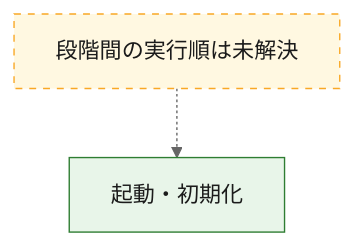
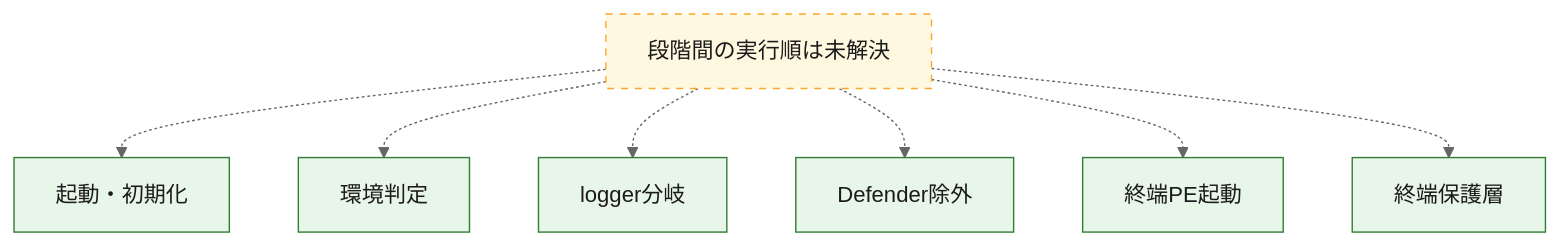
One commit to proshiba/AI-security-analysis changed the first of 3 diagrams in analysis-results/malware/unclassified/versions/unknown/cases/f69edeeabed57cde46630459b12577c97ab13cf1bcd0c6f35bdcf5c6ff84cb7e/OVERALL-LOGIC.md. Above: the diagram before and after it, drawn with Mermaid (neutral theme). The commit also changed other lines of this file and 151 other files, not shown here.

````diff
--- a/analysis-results/malware/unclassified/versions/unknown/cases/f69edeeabed57cde46630459b12577c97ab13cf1bcd0c6f35bdcf5c6ff84cb7e/OVERALL-LOGIC.md
+++ b/analysis-results/malware/unclassified/versions/unknown/cases/f69edeeabed57cde46630459b12577c97ab13cf1bcd0c6f35bdcf5c6ff84cb7e/OVERALL-LOGIC.md
@@ -16,10 +16,20 @@
 ```mermaid
 flowchart TD
   exec_01["起動・初期化"]
+  exec_02["環境判定"]
+  exec_03["logger分岐"]
+  exec_04["Defender除外"]
+  exec_05["終端PE起動"]
+  exec_06["終端保護層"]
   exec_unknown["段階間の実行順は未解決"]
   exec_unknown -.-> exec_01
+  exec_unknown -.-> exec_02
+  exec_unknown -.-> exec_03
+  exec_unknown -.-> exec_04
+  exec_unknown -.-> exec_05
+  exec_unknown -.-> exec_06
   class exec_unknown unresolved
-  class exec_01 confirmed
+  class exec_01,exec_02,exec_03,exec_04,exec_05,exec_06 confirmed
   classDef confirmed fill:#e8f5e9,stroke:#2e7d32,color:#1b1b1b
   classDef unresolved fill:#fff8e1,stroke:#f9a825,color:#1b1b1b,stroke-dasharray:5 5
 ```
````
